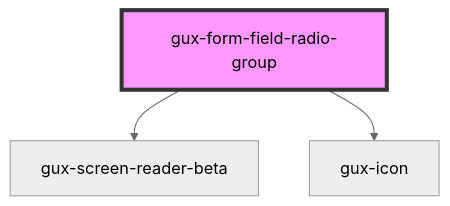
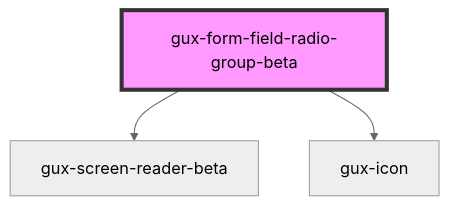
Before and after one commit to MyPureCloud/genesys-spark: the diagram in packages/genesys-spark-components/src/components/stable/gux-form-field/components/gux-form-field-radio-group/readme.md, drawn with Mermaid (neutral theme). The commit also changed other lines of this file and 8 other files, not shown here.

Commit message:
chore(form-field-radio-group): address PR comments

````diff
--- a/packages/genesys-spark-components/src/components/stable/gux-form-field/components/gux-form-field-radio-group/readme.md
+++ b/packages/genesys-spark-components/src/components/stable/gux-form-field/components/gux-form-field-radio-group/readme.md
@@ -33,6 +32,6 @@
 ```mermaid
 graph TD;
-  gux-form-field-radio-group --> gux-screen-reader-beta
-  gux-form-field-radio-group --> gux-icon
-  style gux-form-field-radio-group fill:#f9f,stroke:#333,stroke-width:4px
+  gux-form-field-radio-group-beta --> gux-screen-reader-beta
+  gux-form-field-radio-group-beta --> gux-icon
+  style gux-form-field-radio-group-beta fill:#f9f,stroke:#333,stroke-width:4px
 ```
````
